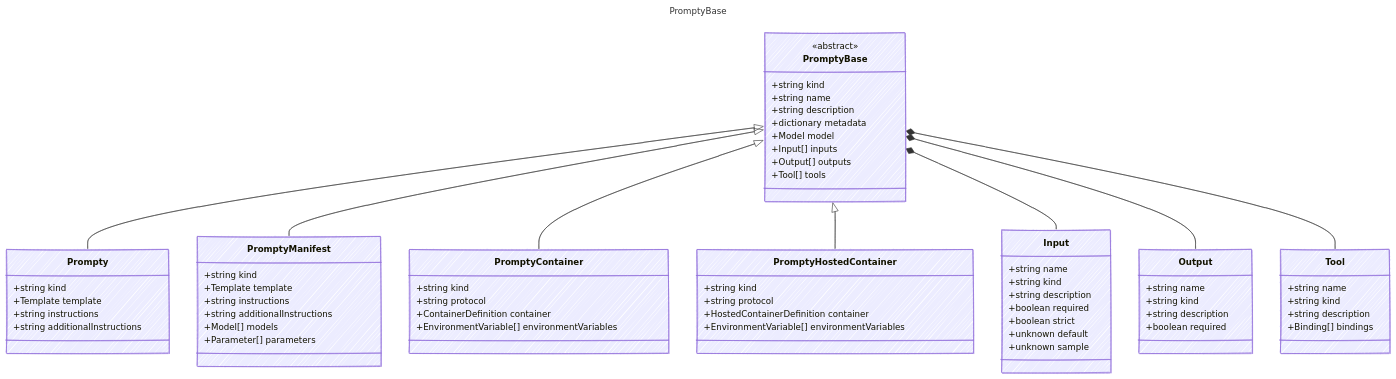
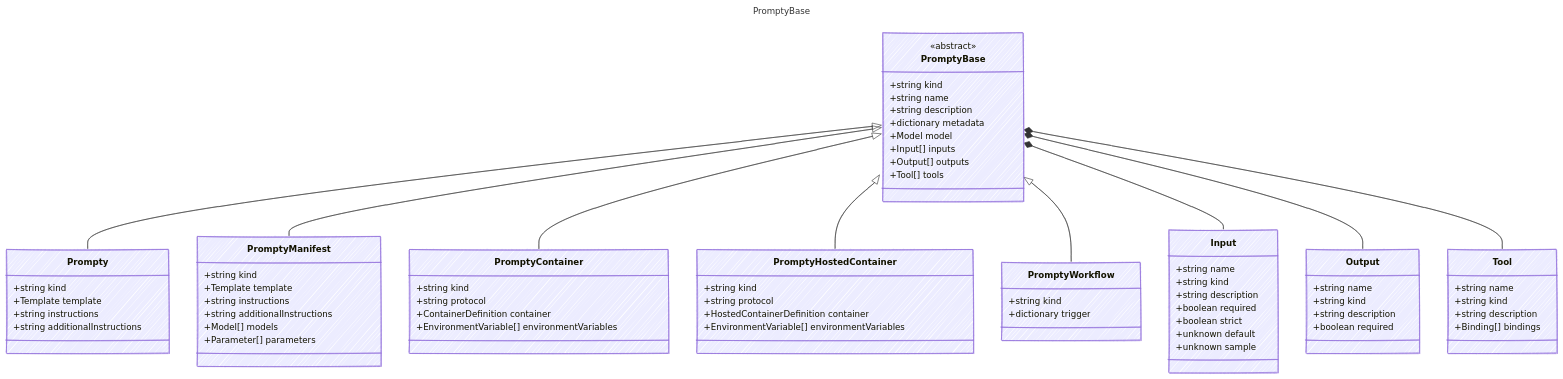
Before and after one commit to microsoft/prompty: the diagram in specification/prompty/docs/PromptyBase.md, drawn with Mermaid. The commit also changed other lines of this file and 11 other files, not shown here.

````diff
--- a/specification/prompty/docs/PromptyBase.md
+++ b/specification/prompty/docs/PromptyBase.md
@@ -12,76 +10,81 @@
 ```mermaid
 ---
 title: PromptyBase
 config:
   look: handDrawn
   theme: colorful
   class:
     hideEmptyMembersBox: true
 ---
 classDiagram
     class PromptyBase {
       <<abstract>>
         +string kind
         +string name
         +string description
         +dictionary metadata
         +Model model
         +Input[] inputs
         +Output[] outputs
         +Tool[] tools
     }
     class Prompty {
         +string kind
         +Template template
         +string instructions
         +string additionalInstructions
     }
     PromptyBase <|-- Prompty
     class PromptyManifest {
         +string kind
         +Template template
         +string instructions
         +string additionalInstructions
         +Model[] models
         +Parameter[] parameters
     }
     PromptyBase <|-- PromptyManifest
     class PromptyContainer {
         +string kind
         +string protocol
         +ContainerDefinition container
         +EnvironmentVariable[] environmentVariables
     }
     PromptyBase <|-- PromptyContainer
     class PromptyHostedContainer {
         +string kind
         +string protocol
         +HostedContainerDefinition container
         +EnvironmentVariable[] environmentVariables
     }
     PromptyBase <|-- PromptyHostedContainer
+    class PromptyWorkflow {
+        +string kind
+        +dictionary trigger
+    }
+    PromptyBase <|-- PromptyWorkflow
     class Input {
         +string name
         +string kind
         +string description
         +boolean required
         +boolean strict
         +unknown default
         +unknown sample
     }
     PromptyBase *-- Input
     class Output {
         +string name
         +string kind
         +string description
         +boolean required
     }
     PromptyBase *-- Output
     class Tool {
         +string name
         +string kind
         +string description
         +Binding[] bindings
     }
     PromptyBase *-- Tool
 ```
````
